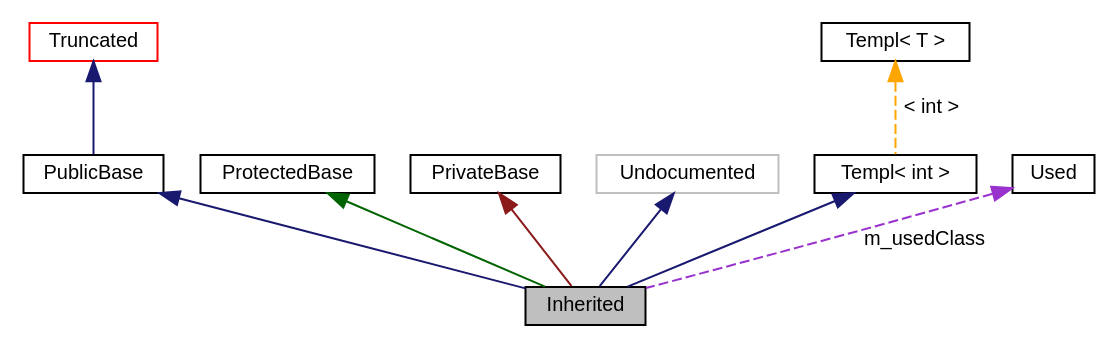
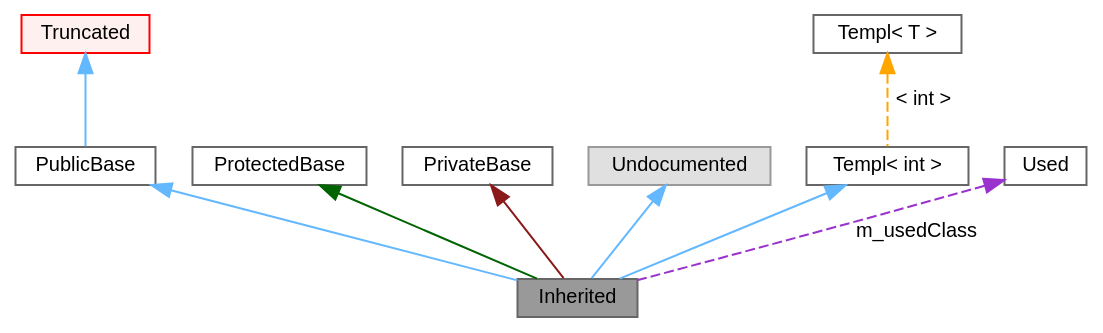
Before and after one commit to OPEnSLab-OSU/Loom-V4: the diagram in docs/graph_legend.dot, drawn with Graphviz. The commit also changed 773 other files, not shown here.

```diff
--- a/docs/graph_legend.dot
+++ b/docs/graph_legend.dot
@@ -1,23 +1,24 @@
 digraph "Graph Legend"
 {
  // LATEX_PDF_SIZE
-  edge [fontname="Helvetica",fontsize="10",labelfontname="Helvetica",labelfontsize="10"];
-  node [fontname="Helvetica",fontsize="10",shape=record];
-  Node9 [shape="box",label="Inherited",fontsize="10",height=0.2,width=0.4,fontname="Helvetica",fillcolor="grey75",style="filled" fontcolor="black"];
-  Node10 -> Node9 [dir="back",color="midnightblue",fontsize="10",style="solid",fontname="Helvetica"];
-  Node10 [shape="box",label="PublicBase",fontsize="10",height=0.2,width=0.4,fontname="Helvetica",color="black"];
-  Node11 -> Node10 [dir="back",color="midnightblue",fontsize="10",style="solid",fontname="Helvetica"];
-  Node11 [shape="box",label="Truncated",fontsize="10",height=0.2,width=0.4,fontname="Helvetica",color="red"];
-  Node13 -> Node9 [dir="back",color="darkgreen",fontsize="10",style="solid",fontname="Helvetica"];
-  Node13 [shape="box",label="ProtectedBase",fontsize="10",height=0.2,width=0.4,fontname="Helvetica",color="black"];
-  Node14 -> Node9 [dir="back",color="firebrick4",fontsize="10",style="solid",fontname="Helvetica"];
-  Node14 [shape="box",label="PrivateBase",fontsize="10",height=0.2,width=0.4,fontname="Helvetica",color="black"];
-  Node15 -> Node9 [dir="back",color="midnightblue",fontsize="10",style="solid",fontname="Helvetica"];
-  Node15 [shape="box",label="Undocumented",fontsize="10",height=0.2,width=0.4,fontname="Helvetica",color="grey75"];
-  Node16 -> Node9 [dir="back",color="midnightblue",fontsize="10",style="solid",fontname="Helvetica"];
-  Node16 [shape="box",label="Templ< int >",fontsize="10",height=0.2,width=0.4,fontname="Helvetica",color="black"];
-  Node17 -> Node16 [dir="back",color="orange",fontsize="10",style="dashed",label="< int >",fontname="Helvetica"];
-  Node17 [shape="box",label="Templ< T >",fontsize="10",height=0.2,width=0.4,fontname="Helvetica",color="black"];
-  Node18 -> Node9 [dir="back",color="darkorchid3",fontsize="10",style="dashed",label="m_usedClass",fontname="Helvetica"];
-  Node18 [shape="box",label="Used",fontsize="10",height=0.2,width=0.4,fontname="Helvetica",color="black"];
+  bgcolor="transparent";
+  edge [fontname=Helvetica,fontsize=10,labelfontname=Helvetica,labelfontsize=10];
+  node [fontname=Helvetica,fontsize=10,shape=box,height=0.2,width=0.4];
+  Node9 [label="Inherited",height=0.2,width=0.4,color="gray40", fillcolor="grey60", style="filled", fontcolor="black",tooltip=" "];
+  Node10 -> Node9 [dir="back",color="steelblue1",style="solid"];
+  Node10 [label="PublicBase",height=0.2,width=0.4,color="grey40", fillcolor="white", style="filled",URL="url.html",tooltip=" "];
+  Node11 -> Node10 [dir="back",color="steelblue1",style="solid"];
+  Node11 [label="Truncated",height=0.2,width=0.4,color="red", fillcolor="#FFF0F0", style="filled",URL="url.html",tooltip=" "];
+  Node13 -> Node9 [dir="back",color="darkgreen",style="solid"];
+  Node13 [label="ProtectedBase",color="gray40",fillcolor="white",style="filled"];
+  Node14 -> Node9 [dir="back",color="firebrick4",style="solid"];
+  Node14 [label="PrivateBase",color="gray40",fillcolor="white",style="filled"];
+  Node15 -> Node9 [dir="back",color="steelblue1",style="solid"];
+  Node15 [label="Undocumented",height=0.2,width=0.4,color="grey60", fillcolor="#E0E0E0", style="filled",tooltip=" "];
+  Node16 -> Node9 [dir="back",color="steelblue1",style="solid"];
+  Node16 [label="Templ\< int \>",color="gray40",fillcolor="white",style="filled"];
+  Node17 -> Node16 [dir="back",color="orange",style="dashed",label="< int >",];
+  Node17 [label="Templ\< T \>",color="gray40",fillcolor="white",style="filled"];
+  Node18 -> Node9 [dir="back",color="darkorchid3",style="dashed",label="m_usedClass",];
+  Node18 [label="Used",color="gray40",fillcolor="white",style="filled"];
 }
```
